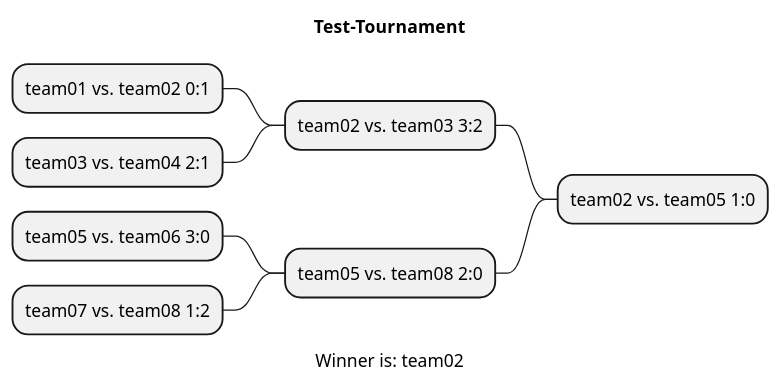
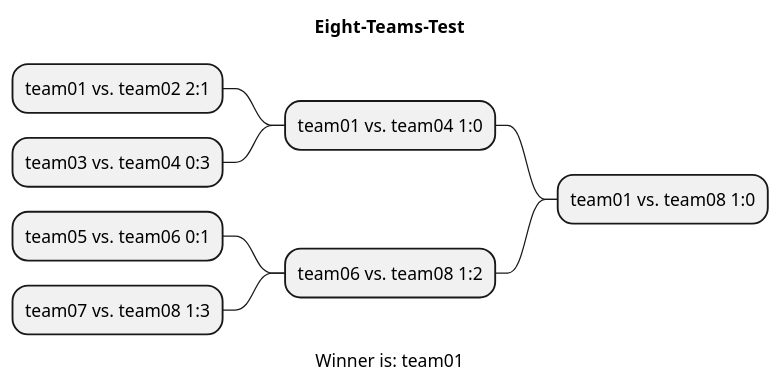
One commit to htl-leonding-project/2022-4ahif-autohaus changed the diagram in plantuml/Result.puml. Above: the diagram before and after it, drawn with PlantUML. The commit also changed 16 other files, not shown here.

```diff
--- a/plantuml/Result.puml
+++ b/plantuml/Result.puml
@@ -1,18 +1,18 @@
-@startmindmap Test-Tournament.png
-title Test-Tournament
+@startmindmap Eight-Teams-Test.png
+title Eight-Teams-Test
 
-- team02 vs. team05 1:0
+- team01 vs. team08 1:0
 
--- team02 vs. team03 3:2
+-- team01 vs. team04 1:0
 
---- team01 vs. team02 0:1
+--- team01 vs. team02 2:1
 
---- team03 vs. team04 2:1
+--- team03 vs. team04 0:3
 
--- team05 vs. team08 2:0
+-- team06 vs. team08 1:2
 
---- team05 vs. team06 3:0
+--- team05 vs. team06 0:1
 
---- team07 vs. team08 1:2
-caption Winner is: team02
+--- team07 vs. team08 1:3
+caption Winner is: team01
 @endmindmap
```
